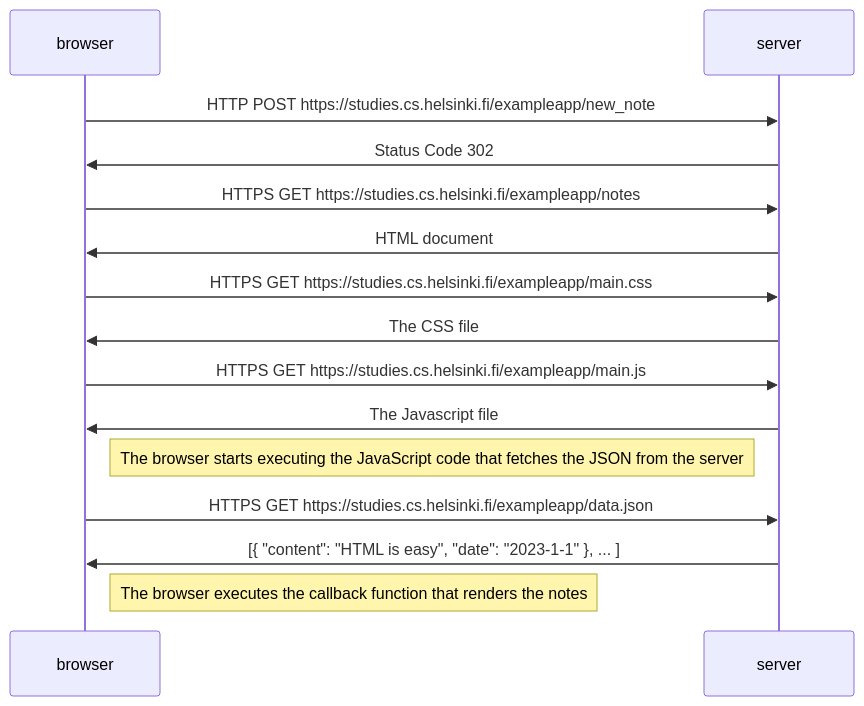
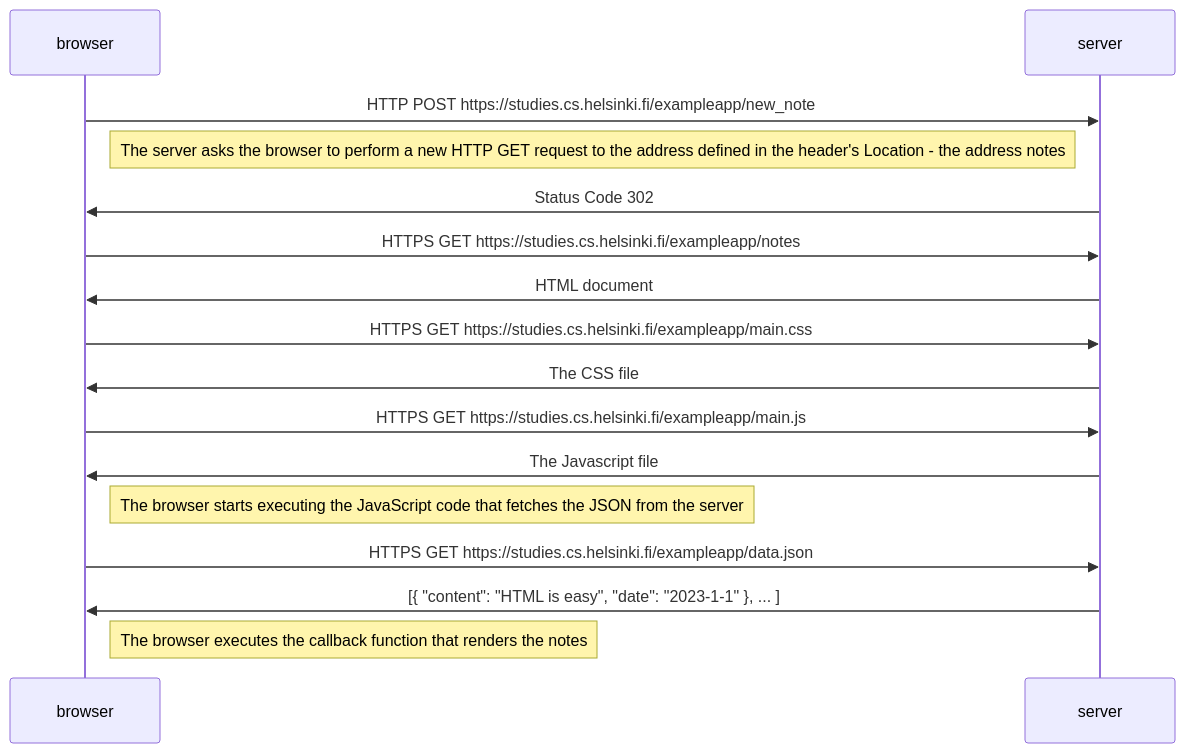
One commit to freesalome/fullstackopen changed the diagram in part0/0.4.md. Above: the diagram before and after it, drawn with Mermaid.

Commit message:
Enhance sequence diagram with server note
Added note about server requesting a new HTTP GET.

````diff
--- a/part0/0.4.md
+++ b/part0/0.4.md
@@ -1,29 +1,31 @@
 ```mermaid
 
 sequenceDiagram
 
 browser->>server: HTTP POST https://studies.cs.helsinki.fi/exampleapp/new_note
+
+Note left of server: The server asks the browser to perform a new HTTP GET request to the address defined in the header's Location - the address notes
 
 server->>browser: Status Code 302
 
 browser->>server: HTTPS GET https://studies.cs.helsinki.fi/exampleapp/notes
 
 server->>browser: HTML document
 
 browser->>server: HTTPS GET https://studies.cs.helsinki.fi/exampleapp/main.css
 
 server->>browser: The CSS file
 
 browser->>server: HTTPS GET https://studies.cs.helsinki.fi/exampleapp/main.js
 
 server->>browser: The Javascript file
 
 Note right of browser: The browser starts executing the JavaScript code that fetches the JSON from the server
 
 browser->>server: HTTPS GET https://studies.cs.helsinki.fi/exampleapp/data.json
 
 server->>browser: [{ "content": "HTML is easy", "date": "2023-1-1" }, ... ]
 
 Note right of browser: The browser executes the callback function that renders the notes
 
 ```
````
